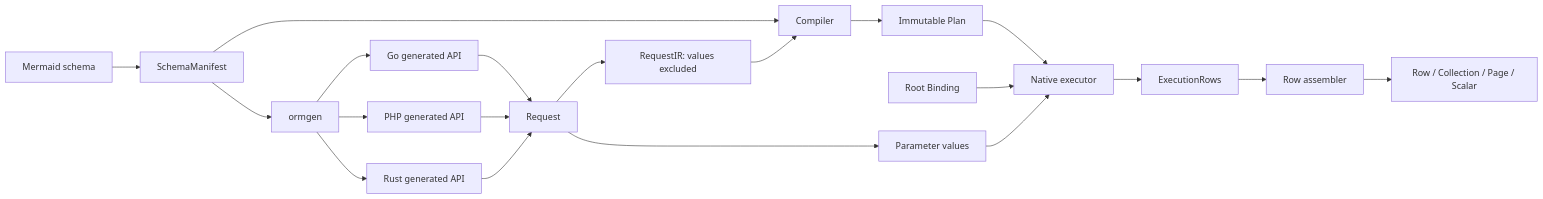
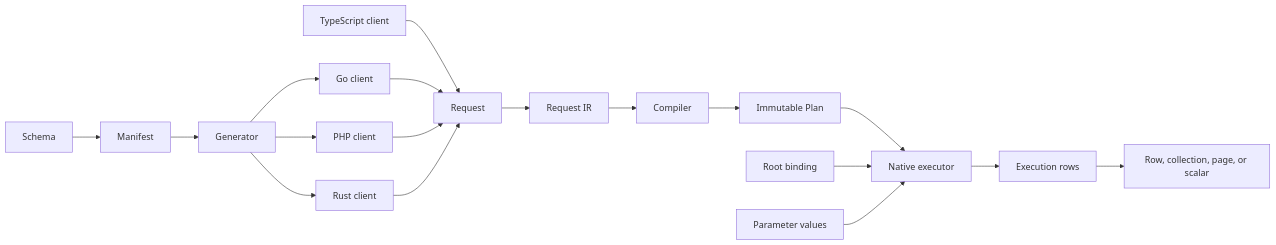
Before and after one commit to polyspec/orm: the first of 9 diagrams in docs/interfaces.ko.md, drawn with Mermaid. The commit also changed other lines of this file and 3 other files, not shown here.

````diff
--- a/docs/interfaces.ko.md
+++ b/docs/interfaces.ko.md
@@ -28,22 +13,20 @@
 ```mermaid
 flowchart LR
-    Schema[Mermaid schema] --> Manifest[SchemaManifest]
-    Manifest --> Generator[ormgen]
-    Generator --> G[Go generated API]
-    Generator --> P[PHP generated API]
-    Generator --> R[Rust generated API]
-    G --> Request[Request]
-    P --> Request
-    R --> Request
-    Request --> IR[RequestIR: values excluded]
-    Manifest --> Compiler[Compiler]
-    IR --> Compiler
+    Schema[Schema] --> Manifest[Manifest]
+    Manifest --> Generator[Generator]
+    Generator --> Go[Go client]
+    Generator --> PHP[PHP client]
+    Generator --> Rust[Rust client]
+    TypeScript[TypeScript client] --> Request[Request]
+    Go --> Request
+    PHP --> Request
+    Rust --> Request
+    Request --> IR[Request IR]
+    IR --> Compiler[Compiler]
     Compiler --> Plan[Immutable Plan]
-    Plan --> Runner[Native executor]
-    Request --> Values[Parameter values]
-    Binding[Root Binding] --> Runner
-    Values --> Runner
-    Runner --> Rows[ExecutionRows]
-    Rows --> Assembler[Row assembler]
-    Assembler --> Result[Row / Collection / Page / Scalar]
+    Plan --> Executor[Native executor]
+    Binding[Root binding] --> Executor
+    Values[Parameter values] --> Executor
+    Executor --> Rows[Execution rows]
+    Rows --> Result[Row, collection, page, or scalar]
 ```
````
